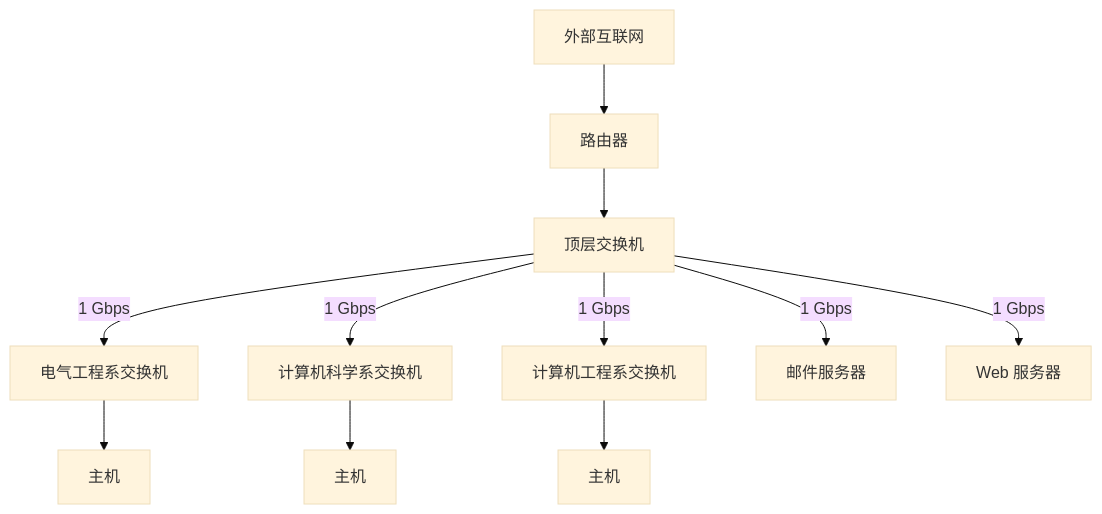
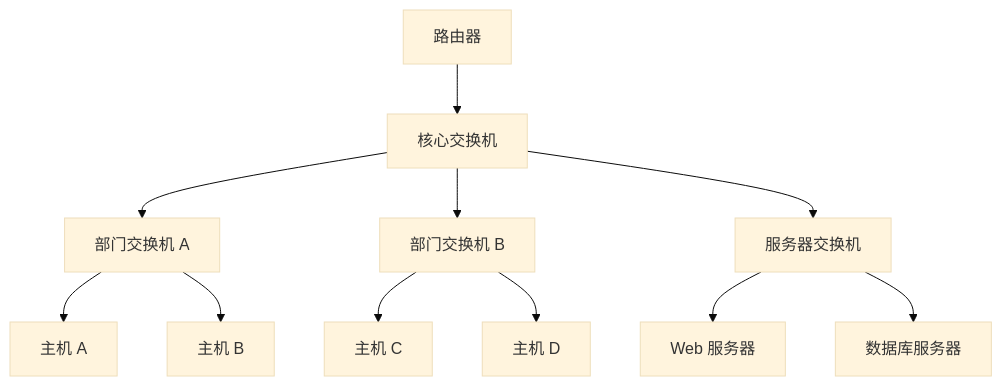
Before and after one commit to Meer-Matze/Meer-Matze.github.io: the sixth of 13 diagrams in src/content/posts/链路层和局域网.md, drawn with Mermaid (base theme). The commit also changed other lines of this file, not shown here.

````diff
--- a/src/content/posts/链路层和局域网.md
+++ b/src/content/posts/链路层和局域网.md
@@ -557,13 +557,13 @@
 ```mermaid
 flowchart TB
-    NET["外部互联网"] --> R["路由器"]
-    R --> S0["顶层交换机"]
-    S0 -->|"1 Gbps"| S1["电气工程系交换机"]
-    S0 -->|"1 Gbps"| S2["计算机科学系交换机"]
-    S0 -->|"1 Gbps"| S3["计算机工程系交换机"]
-    S0 -->|"1 Gbps"| MAIL["邮件服务器"]
-    S0 -->|"1 Gbps"| WEB["Web 服务器"]
-    S1 --> H1["主机"]
-    S2 --> H2["主机"]
-    S3 --> H3["主机"]
+    R["路由器"] --> S0["核心交换机"]
+    S0 --> S1["部门交换机 A"]
+    S0 --> S2["部门交换机 B"]
+    S0 --> SV["服务器交换机"]
+    S1 --> A1["主机 A"]
+    S1 --> A2["主机 B"]
+    S2 --> B1["主机 C"]
+    S2 --> B2["主机 D"]
+    SV --> W["Web 服务器"]
+    SV --> DB["数据库服务器"]
 ```
````
